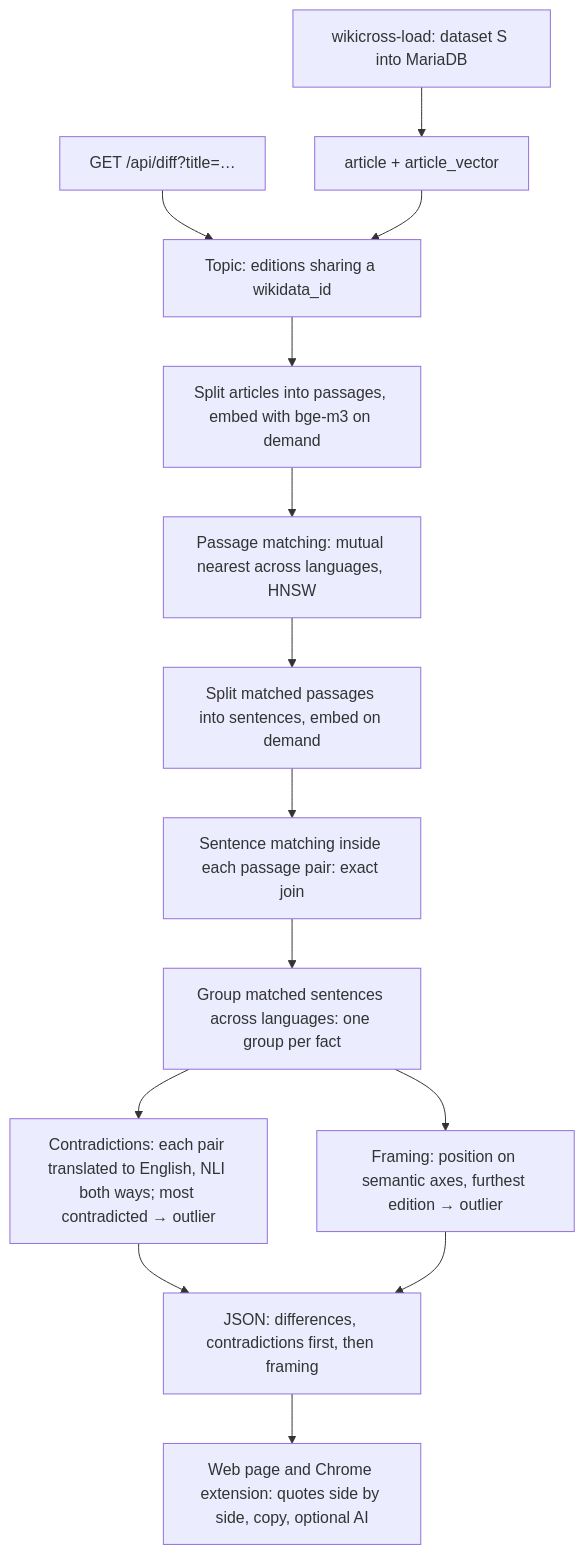
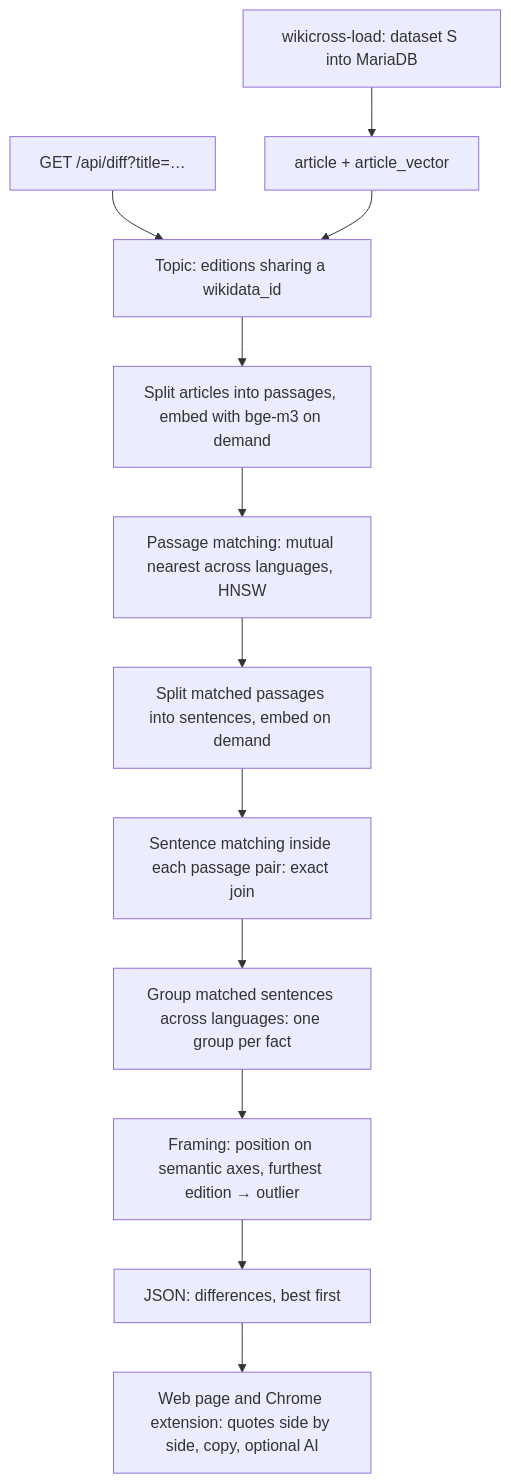
One commit to ardubev16/junction2026 changed the first of 7 diagrams in wikicross/docs/how-it-works.md. Above: the diagram before and after it, drawn with Mermaid. The commit also changed other lines of this file and 10 other files, not shown here.

````diff
--- a/wikicross/docs/how-it-works.md
+++ b/wikicross/docs/how-it-works.md
@@ -19,16 +18,14 @@
 ```mermaid
 flowchart TD
   L[wikicross-load: dataset S into MariaDB] --> A[article + article_vector]
   Q[GET /api/diff?title=…] --> T[Topic: editions sharing a wikidata_id]
   A --> T
   T --> E1[Split articles into passages, embed with bge-m3 on demand]
   E1 --> P[Passage matching: mutual nearest across languages, HNSW]
   P --> E2[Split matched passages into sentences, embed on demand]
   E2 --> S[Sentence matching inside each passage pair: exact join]
   S --> G[Group matched sentences across languages: one group per fact]
-  G --> F1[Contradictions: each pair translated to English, NLI both ways; most contradicted → outlier]
   G --> F2[Framing: position on semantic axes, furthest edition → outlier]
-  F1 --> R[JSON: differences, contradictions first, then framing]
-  F2 --> R
+  F2 --> R[JSON: differences, best first]
   R --> UI[Web page and Chrome extension: quotes side by side, copy, optional AI]
 ```
````
